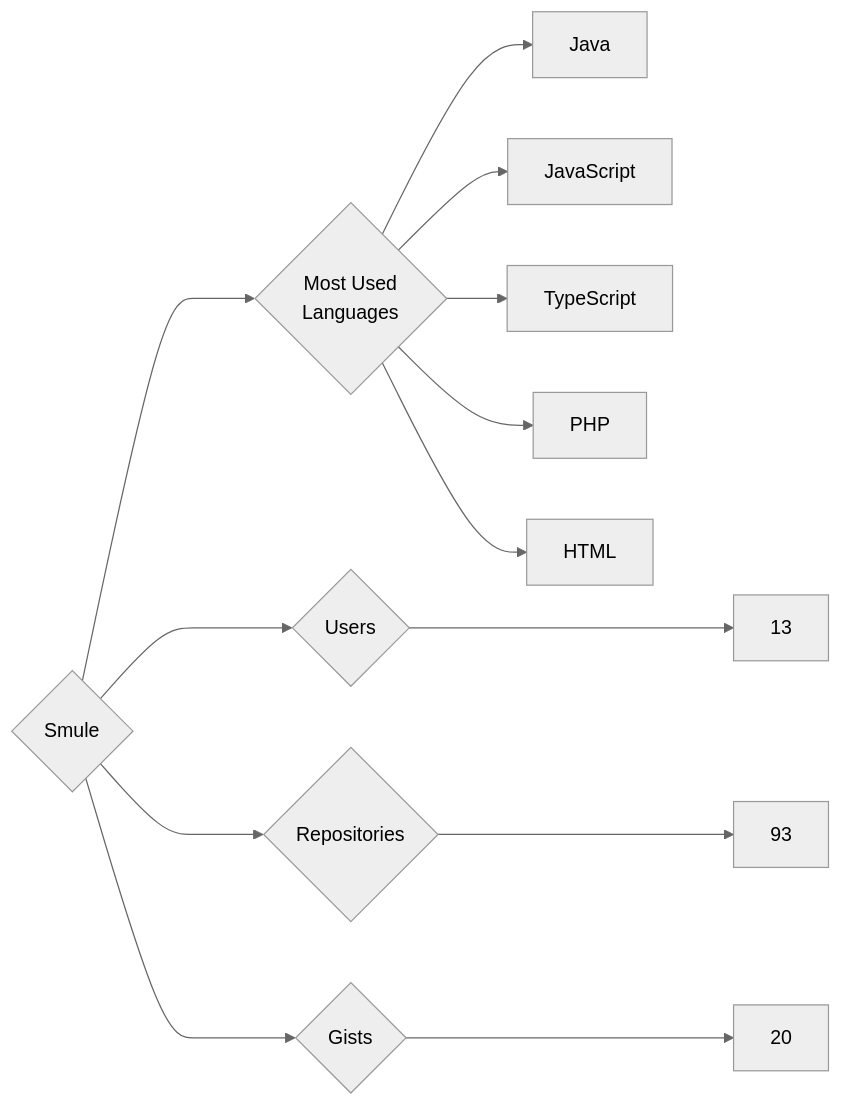
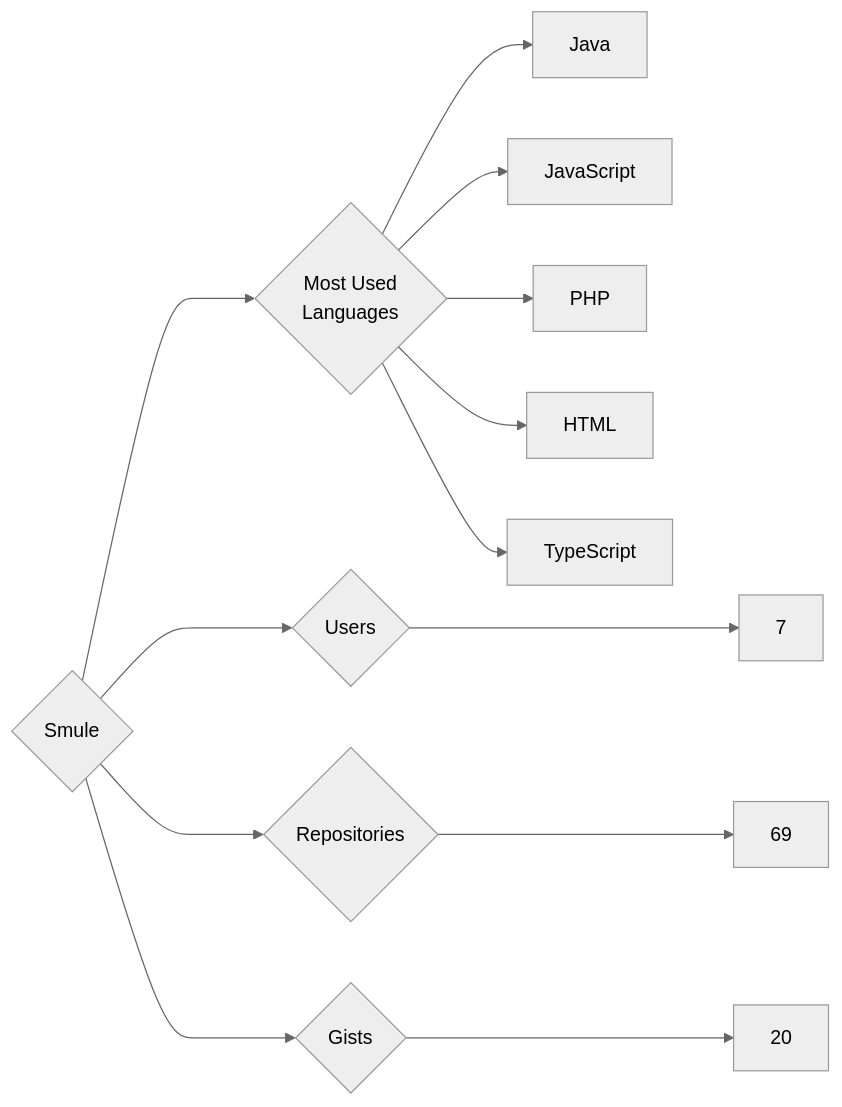
The diagram in targets/Smule/README.md (trickest/insiders), drawn with Mermaid (neutral theme) before and after one commit. The commit also changed 1479 other files, not shown here.

````diff
--- a/targets/Smule/README.md
+++ b/targets/Smule/README.md
@@ -3,13 +3,13 @@
 ```mermaid
 graph LR
 COMPANY_NAME{Smule}
-COMPANY_NAME ---> U{Users} ---> UN[13]
-COMPANY_NAME ---> R{Repositories} ---> RN[93]
+COMPANY_NAME ---> U{Users} ---> UN[7]
+COMPANY_NAME ---> R{Repositories} ---> RN[69]
 COMPANY_NAME ---> G{Gists} ---> GN[20]
 COMPANY_NAME ---> ML{Most Used<br>Languages}
 ML --> Java[Java]
 ML --> JavaScript[JavaScript]
-ML --> TypeScript[TypeScript]
 ML --> PHP[PHP]
 ML --> HTML[HTML]
+ML --> TypeScript[TypeScript]
 ```
````
